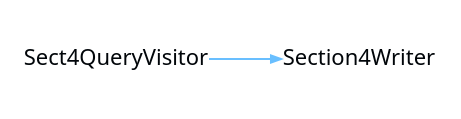
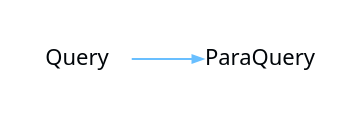
Before and after one commit to CharlesCarley/MdDox: the diagram in Current/images/internal-diagram-54.dot, drawn with Graphviz. The commit also changed 834 other files, not shown here.

```diff
--- a/Current/images/internal-diagram-54.dot
+++ b/Current/images/internal-diagram-54.dot
@@ -1,26 +1,26 @@
 digraph {
  rankdir = "LR"
  bgcolor = none;
  layout  = dot;
  edge [
    arrowsize = "0.5"
    color     = "#69BFFFFF"
  ]
- WKIubES[
+ Df9mmA2[
    shape    = none
-   label    = "Sect4QueryVisitor"
+   label    = "Query"
    margin   = "0.01"
    fontname = "Segoe UI"
    fontsize = "11"
    fontcolor= "#010509FF"
  ]
- Wr3ubES[
+ q1JmmA2[
    shape    = none
-   label    = "Section4Writer"
+   label    = "ParaQuery"
    margin   = "0.01"
    fontname = "Segoe UI"
    fontsize = "11"
    fontcolor= "#010509FF"
  ]
- WKIubES->Wr3ubES
+ Df9mmA2->q1JmmA2
 }
```
